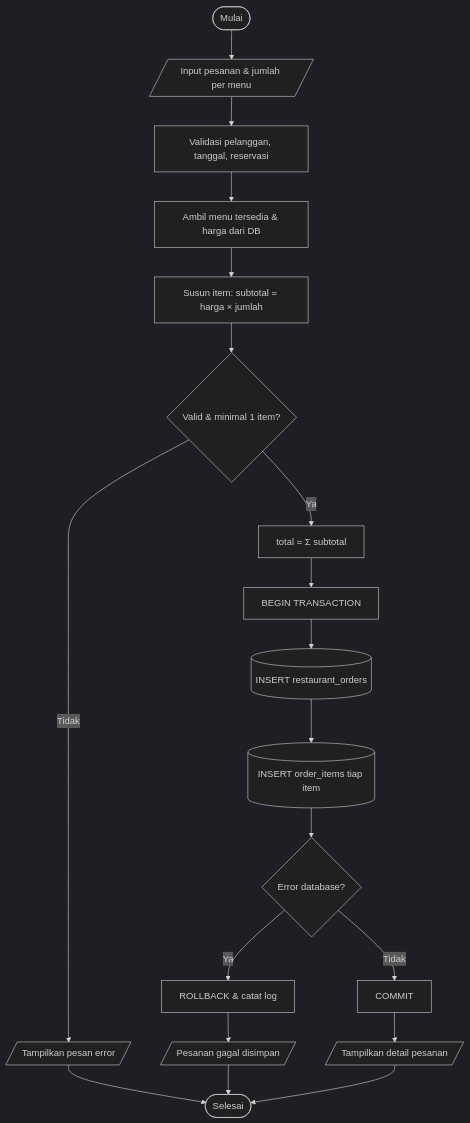
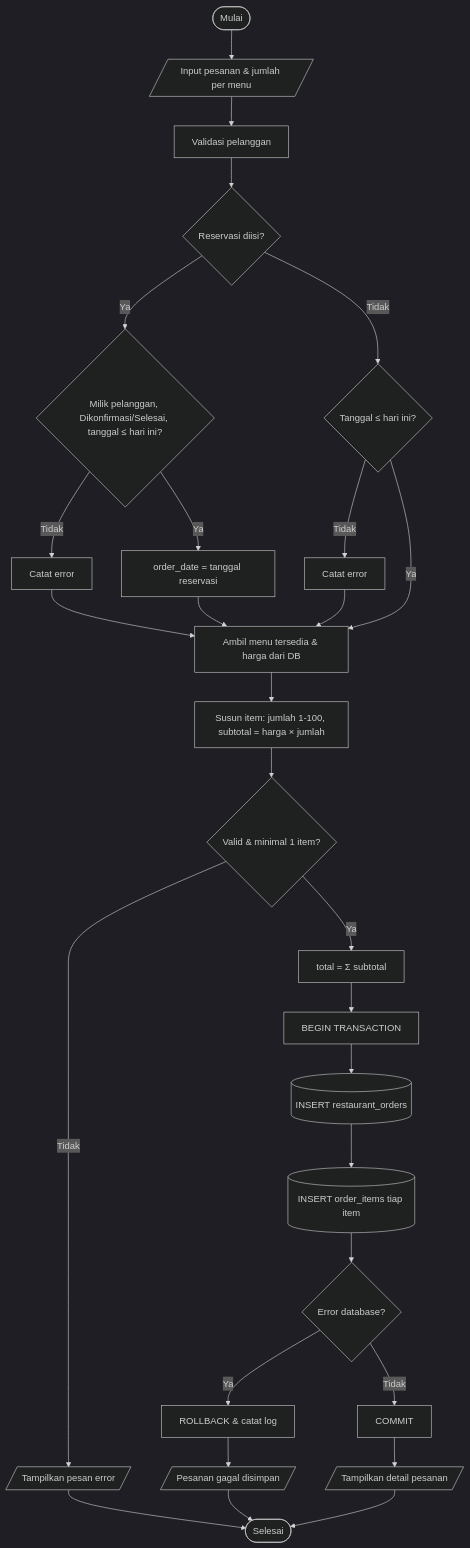
The seventh of 8 diagrams in docs/PANDUAN-PEMBUATAN-DOCX.md (Fuentes771/LSP-Programming), drawn with Mermaid (dark theme) before and after one commit. The commit also changed other lines of this file and 25 other files, not shown here.

````diff
--- a/docs/PANDUAN-PEMBUATAN-DOCX.md
+++ b/docs/PANDUAN-PEMBUATAN-DOCX.md
@@ -767,18 +848,24 @@
 ```mermaid
 flowchart TD
     A([Mulai]) --> B[/Input pesanan & jumlah per menu/]
-    B --> C[Validasi pelanggan, tanggal, reservasi]
-    C --> D[Ambil menu tersedia & harga dari DB]
-    D --> E[Susun item: subtotal = harga × jumlah]
-    E --> F{Valid & minimal 1 item?}
-    F -- Tidak --> X1[/Tampilkan pesan error/] --> Z([Selesai])
-    F -- Ya --> G[total = Σ subtotal]
-    G --> H[BEGIN TRANSACTION]
-    H --> I[(INSERT restaurant_orders)]
-    I --> J[(INSERT order_items tiap item)]
-    J --> K{Error database?}
-    K -- Ya --> L[ROLLBACK & catat log] --> X2[/Pesanan gagal disimpan/] --> Z
-    K -- Tidak --> M[COMMIT]
-    M --> N[/Tampilkan detail pesanan/]
-    N --> Z
+    B --> C[Validasi pelanggan]
+    C --> D{Reservasi diisi?}
+    D -- Ya --> D1{Milik pelanggan, Dikonfirmasi/Selesai, tanggal ≤ hari ini?}
+    D1 -- Tidak --> D2[Catat error] --> F
+    D1 -- Ya --> D3[order_date = tanggal reservasi] --> F
+    D -- Tidak --> E{Tanggal ≤ hari ini?}
+    E -- Tidak --> E1[Catat error] --> F
+    E -- Ya --> F[Ambil menu tersedia & harga dari DB]
+    F --> G[Susun item: jumlah 1-100, subtotal = harga × jumlah]
+    G --> H{Valid & minimal 1 item?}
+    H -- Tidak --> X1[/Tampilkan pesan error/] --> Z([Selesai])
+    H -- Ya --> I[total = Σ subtotal]
+    I --> J[BEGIN TRANSACTION]
+    J --> K[(INSERT restaurant_orders)]
+    K --> L[(INSERT order_items tiap item)]
+    L --> M{Error database?}
+    M -- Ya --> N[ROLLBACK & catat log] --> X2[/Pesanan gagal disimpan/] --> Z
+    M -- Tidak --> O[COMMIT]
+    O --> P[/Tampilkan detail pesanan/]
+    P --> Z
 ```
````
